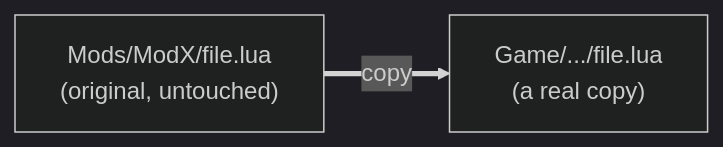
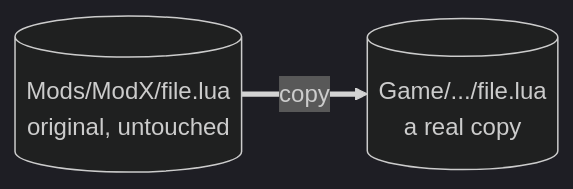
Before and after one commit to FreeProject089/BetterModsManager: the third of 3 diagrams in frontend/assets/docs/en/how-it-works/profiles-activation.md, drawn with Mermaid (dark theme). The commit also changed other lines of this file and 176 other files, not shown here.

````diff
--- a/frontend/assets/docs/en/how-it-works/profiles-activation.md
+++ b/frontend/assets/docs/en/how-it-works/profiles-activation.md
@@ -86,6 +93,4 @@
 ```mermaid
 flowchart LR
-    LIBFILE["Mods/ModX/file.lua<br/>(original, untouched)"]
-    GAMEFILE["Game/.../file.lua<br/>(a real copy)"]
-    LIBFILE == "copy" ==> GAMEFILE
+    LIBFILE[("Mods/ModX/file.lua<br/>original, untouched")] == "copy" ==> GAMEFILE[("Game/.../file.lua<br/>a real copy")]
 ```
````
